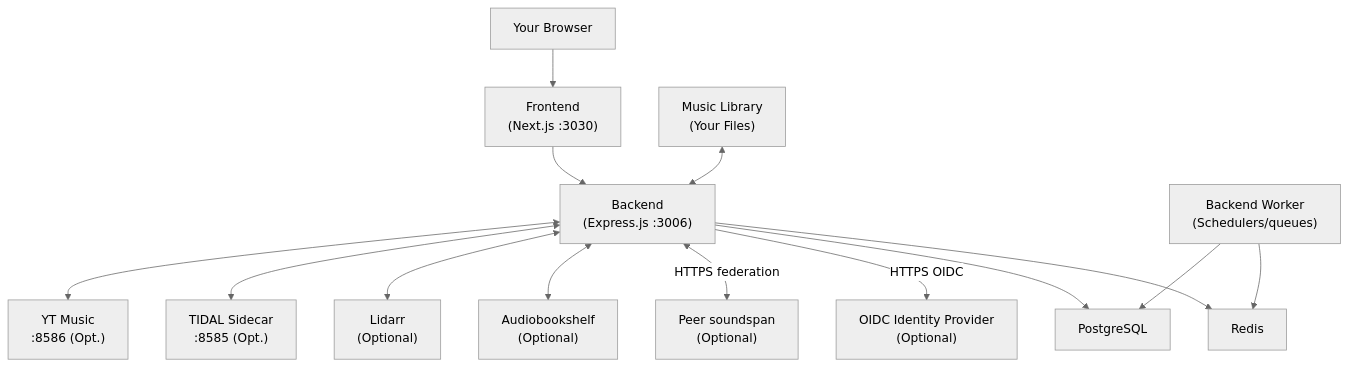
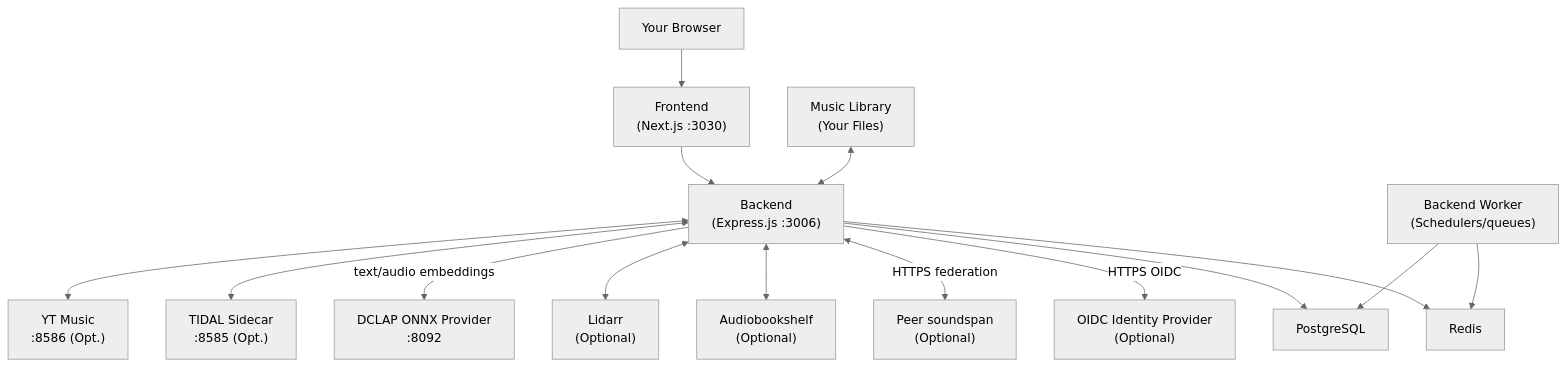
One commit to Tipson/soundspan changed the diagram in README.md. Above: the diagram before and after it, drawn with Mermaid (neutral theme). The commit also changed other lines of this file and 9 other files, not shown here.

First line of the commit message:
feat(aio)!: replace the torch CLAP stack with the DCLAP ONNX provider (#558)

````diff
--- a/README.md
+++ b/README.md
@@ -134,30 +139,32 @@
 ```mermaid
 graph TD
     Browser["Your Browser"]
     FE["Frontend<br/>(Next.js :3030)"]
     BE["Backend<br/>(Express.js :3006)"]
     BW["Backend Worker<br/>(Schedulers/queues)"]
     Music["Music Library<br/>(Your Files)"]
     PG["PostgreSQL"]
     RD["Redis"]
     YT["YT Music<br/>:8586 (Opt.)"]
     TD["TIDAL Sidecar<br/>:8585 (Opt.)"]
+    VP["DCLAP ONNX Provider<br/>:8092"]
     Lidarr["Lidarr<br/>(Optional)"]
     ABS["Audiobookshelf<br/>(Optional)"]
     PEER["Peer soundspan<br/>(Optional)"]
     IDP["OIDC Identity Provider<br/>(Optional)"]
 
     Browser --> FE
     FE --> BE
     Music <--> BE
     BW --> PG
     BW --> RD
     BE <--> YT
     BE <--> TD
+    BE -->|text/audio embeddings| VP
     BE <--> Lidarr
     BE <--> ABS
     BE <-->|HTTPS federation| PEER
     BE -->|HTTPS OIDC| IDP
     BE --> PG
     BE --> RD
 ```
````
